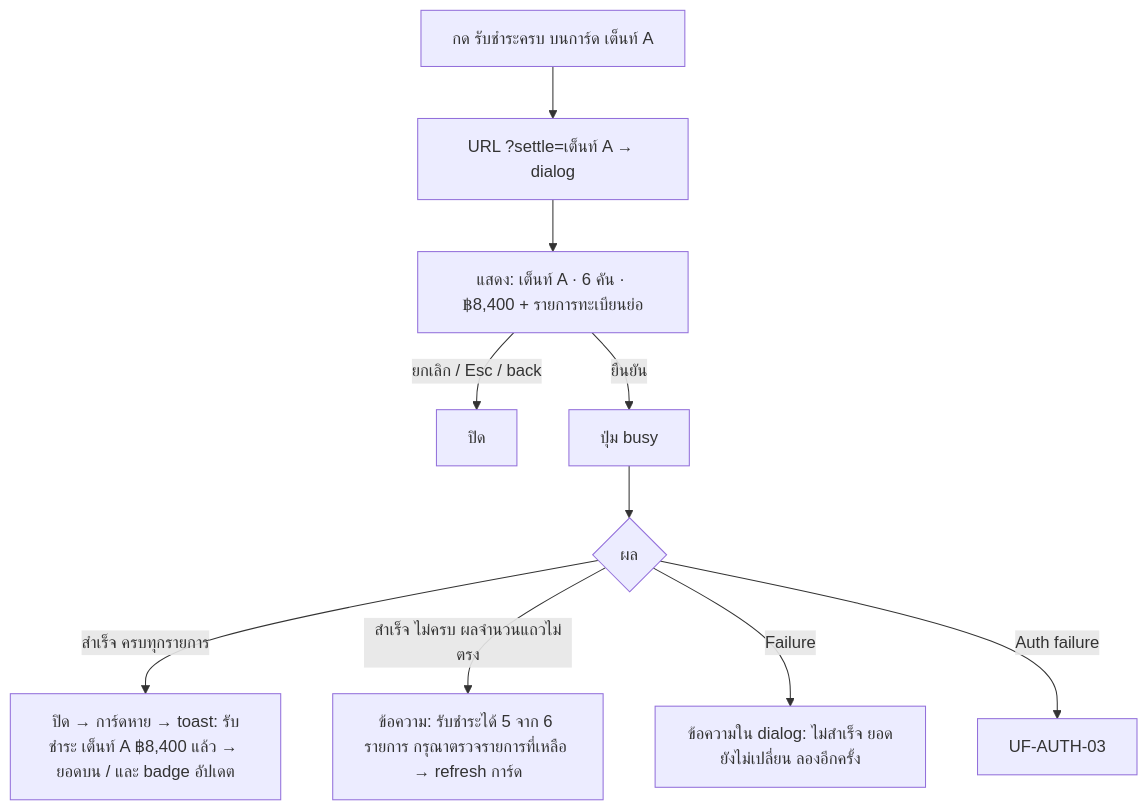
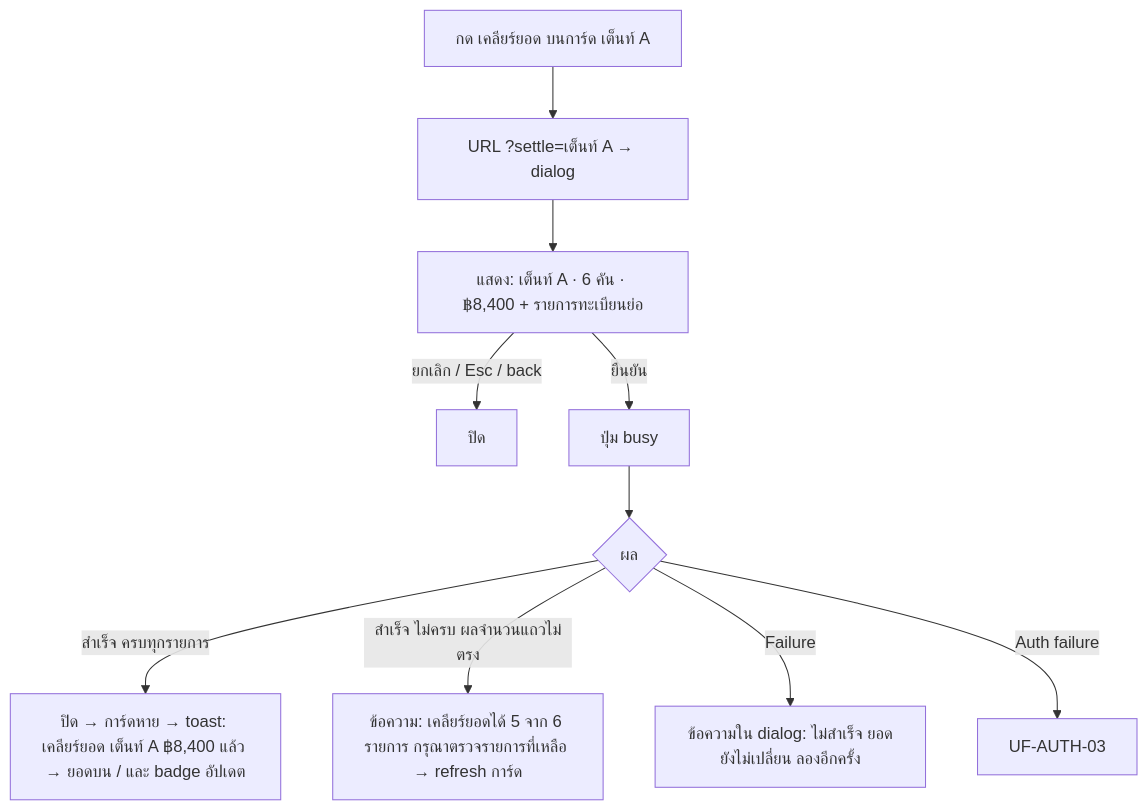
One commit to kittiphat78/car-care-intelligence changed the seventh of 8 diagrams in docs/redesign/user-flows.md. Above: the diagram before and after it, drawn with Mermaid. The commit also changed other lines of this file and 5 other files, not shown here.

First line of the commit message:
docs(redesign): close S03-02 with owner approval, keep term "เคลียร์ยอด"

````diff
--- a/docs/redesign/user-flows.md
+++ b/docs/redesign/user-flows.md
@@ -216,11 +216,11 @@
 ```mermaid
 flowchart TD
-  A[กด รับชำระครบ บนการ์ด เต็นท์ A] --> B[URL ?settle=เต็นท์ A → dialog]
+  A[กด เคลียร์ยอด บนการ์ด เต็นท์ A] --> B[URL ?settle=เต็นท์ A → dialog]
   B --> C[แสดง: เต็นท์ A · 6 คัน · ฿8,400 + รายการทะเบียนย่อ]
   C -- ยกเลิก / Esc / back --> X[ปิด]
   C -- ยืนยัน --> D[ปุ่ม busy] --> E{ผล}
-  E -- สำเร็จ ครบทุกรายการ --> F[ปิด → การ์ดหาย → toast: รับชำระ เต็นท์ A ฿8,400 แล้ว → ยอดบน / และ badge อัปเดต]
-  E -- สำเร็จ ไม่ครบ ผลจำนวนแถวไม่ตรง --> G[ข้อความ: รับชำระได้ 5 จาก 6 รายการ กรุณาตรวจรายการที่เหลือ → refresh การ์ด]
+  E -- สำเร็จ ครบทุกรายการ --> F[ปิด → การ์ดหาย → toast: เคลียร์ยอด เต็นท์ A ฿8,400 แล้ว → ยอดบน / และ badge อัปเดต]
+  E -- สำเร็จ ไม่ครบ ผลจำนวนแถวไม่ตรง --> G[ข้อความ: เคลียร์ยอดได้ 5 จาก 6 รายการ กรุณาตรวจรายการที่เหลือ → refresh การ์ด]
   E -- Failure --> H[ข้อความใน dialog: ไม่สำเร็จ ยอดยังไม่เปลี่ยน ลองอีกครั้ง]
   E -- Auth failure --> M[UF-AUTH-03]
 ```
````
